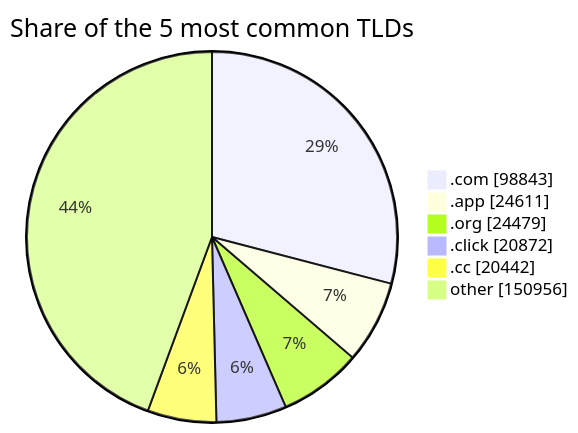
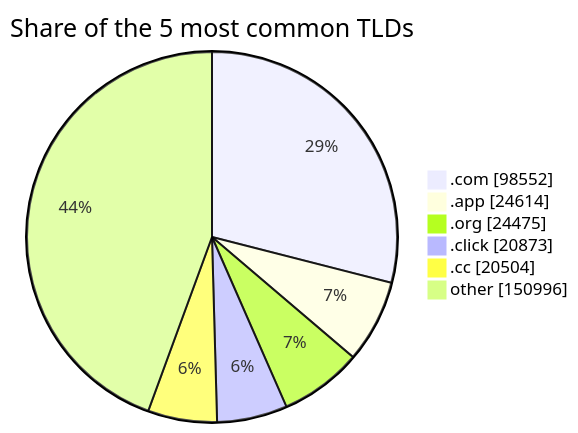
The third of 3 diagrams in README.md (DNSBunker/CTI), drawn with Mermaid before and after one commit. The commit also changed other lines of this file and 4 other files, not shown here.

````diff
--- a/README.md
+++ b/README.md
@@ -81,9 +81,9 @@
 ```mermaid
 pie showData title Share of the 5 most common TLDs
-    ".com" : 98843
-    ".app" : 24611
-    ".org" : 24479
-    ".click" : 20872
-    ".cc" : 20442
-    "other" : 150956
+    ".com" : 98552
+    ".app" : 24614
+    ".org" : 24475
+    ".click" : 20873
+    ".cc" : 20504
+    "other" : 150996
 ```
````
